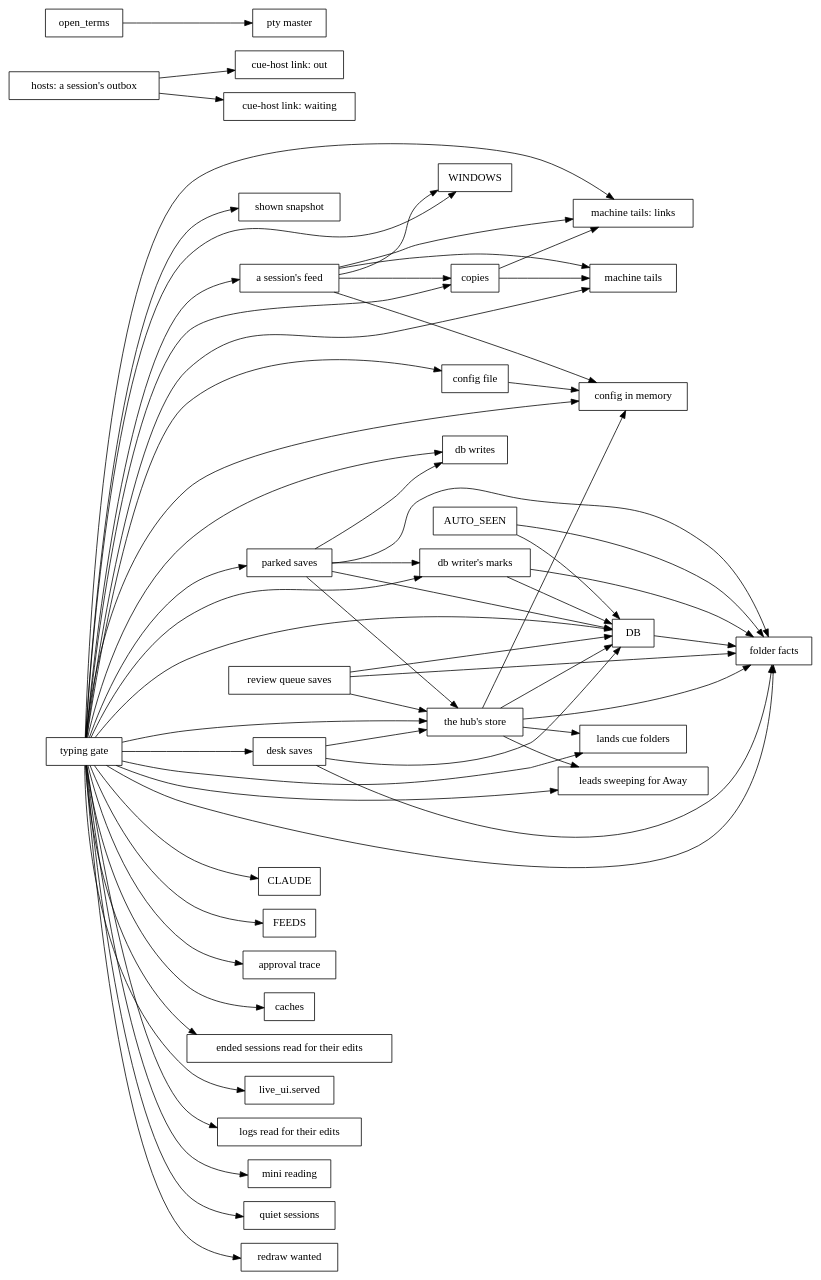
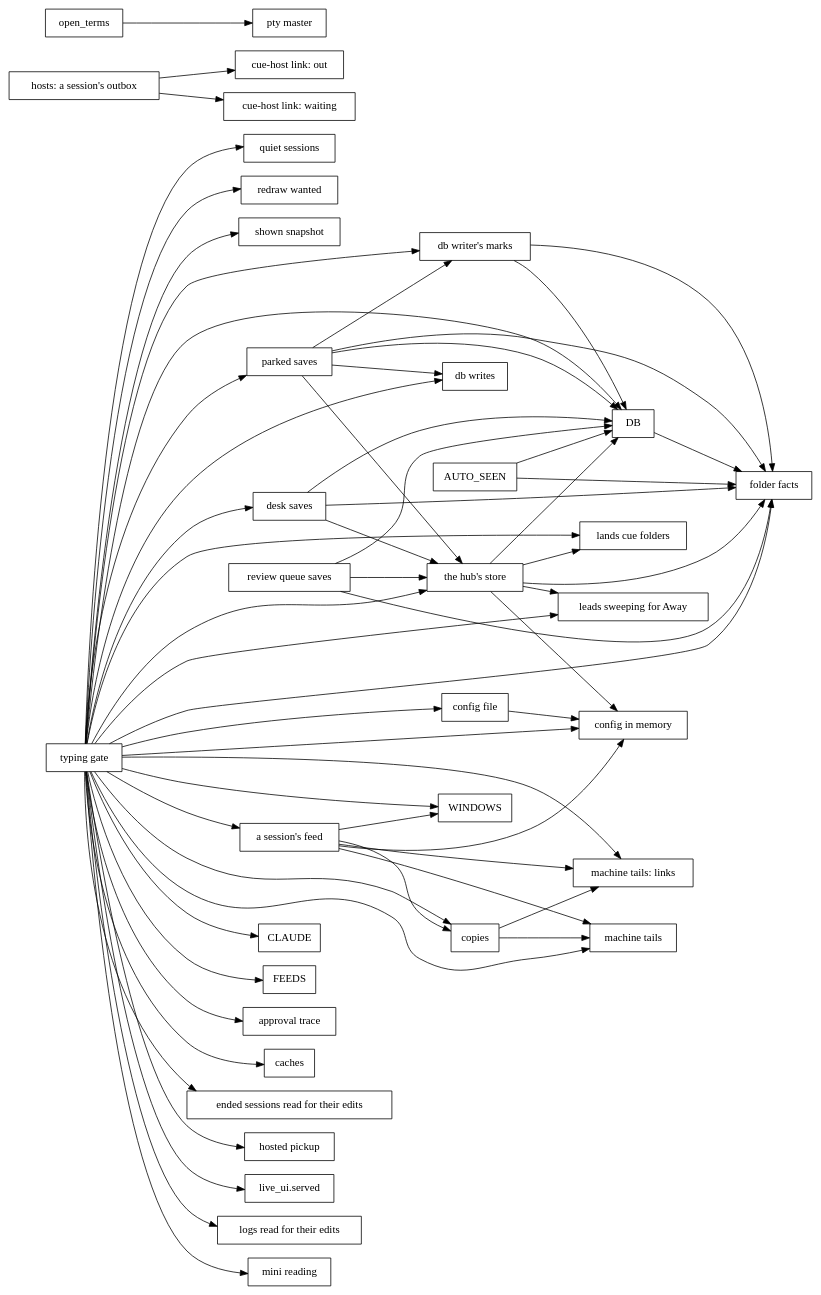
One commit to spacegrowth/cue changed the diagram in docs/dev/lock-graph.dot. Above: the diagram before and after it, drawn with Graphviz. The commit also changed 9 other files, not shown here.

```diff
--- a/docs/dev/lock-graph.dot
+++ b/docs/dev/lock-graph.dot
@@ -1,64 +1,65 @@
 // Generated by `cargo run -p xtask -- inventory`; don't edit by hand.
 digraph locks {
   rankdir=LR;
   node [shape=box];
   "AUTO_SEEN" -> "DB";
   "AUTO_SEEN" -> "folder facts";
   "DB" -> "folder facts";
   "a session's feed" -> "WINDOWS";
   "a session's feed" -> "config in memory";
   "a session's feed" -> "copies";
   "a session's feed" -> "machine tails";
   "a session's feed" -> "machine tails: links";
   "config file" -> "config in memory";
   "copies" -> "machine tails";
   "copies" -> "machine tails: links";
   "db writer's marks" -> "DB";
   "db writer's marks" -> "folder facts";
   "desk saves" -> "DB";
   "desk saves" -> "folder facts";
   "desk saves" -> "the hub's store";
   "hosts: a session's outbox" -> "cue-host link: out";
   "hosts: a session's outbox" -> "cue-host link: waiting";
   "open_terms" -> "pty master";
   "parked saves" -> "DB";
   "parked saves" -> "db writer's marks";
   "parked saves" -> "db writes";
   "parked saves" -> "folder facts";
   "parked saves" -> "the hub's store";
   "review queue saves" -> "DB";
   "review queue saves" -> "folder facts";
   "review queue saves" -> "the hub's store";
   "the hub's store" -> "DB";
   "the hub's store" -> "config in memory";
   "the hub's store" -> "folder facts";
   "the hub's store" -> "lands cue folders";
   "the hub's store" -> "leads sweeping for Away";
   "typing gate" -> "CLAUDE";
   "typing gate" -> "DB";
   "typing gate" -> "FEEDS";
   "typing gate" -> "WINDOWS";
   "typing gate" -> "a session's feed";
   "typing gate" -> "approval trace";
   "typing gate" -> "caches";
   "typing gate" -> "config file";
   "typing gate" -> "config in memory";
   "typing gate" -> "copies";
   "typing gate" -> "db writer's marks";
   "typing gate" -> "db writes";
   "typing gate" -> "desk saves";
   "typing gate" -> "ended sessions read for their edits";
   "typing gate" -> "folder facts";
+  "typing gate" -> "hosted pickup";
   "typing gate" -> "lands cue folders";
   "typing gate" -> "leads sweeping for Away";
   "typing gate" -> "live_ui.served";
   "typing gate" -> "logs read for their edits";
   "typing gate" -> "machine tails";
   "typing gate" -> "machine tails: links";
   "typing gate" -> "mini reading";
   "typing gate" -> "parked saves";
   "typing gate" -> "quiet sessions";
   "typing gate" -> "redraw wanted";
   "typing gate" -> "shown snapshot";
   "typing gate" -> "the hub's store";
 }
```
